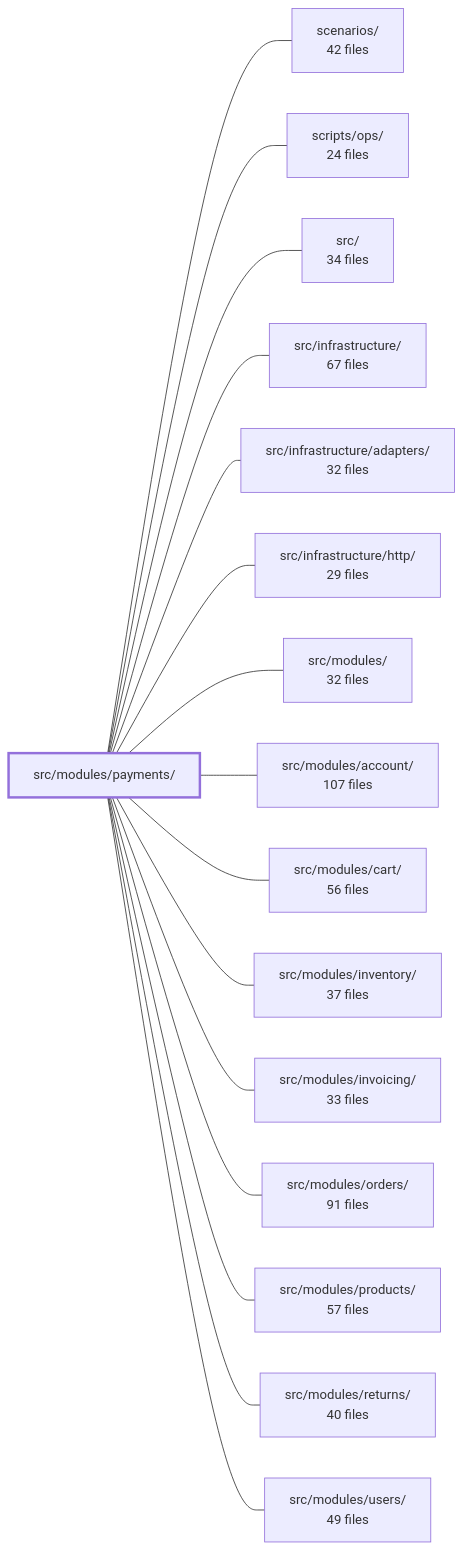
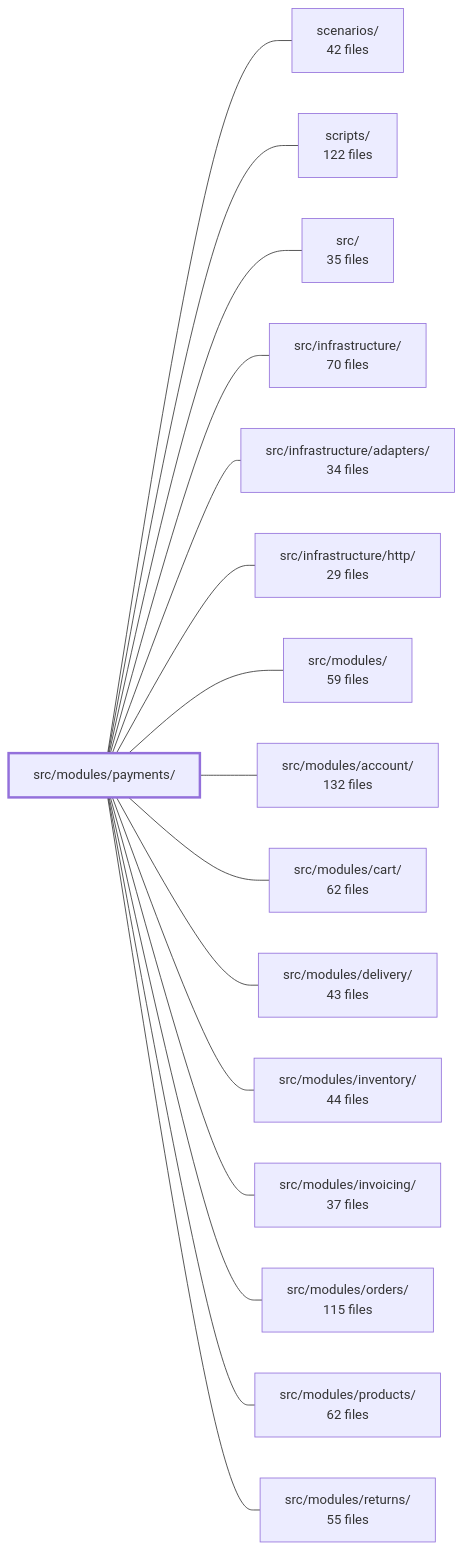
Before and after one commit to Guebbit/boilerplate-node-backend: the diagram in .2brain/modules/boilerplate-node-backend_src_modules_payments.md, drawn with Mermaid. The commit also changed other lines of this file and 32 other files, not shown here.

````diff
--- a/.2brain/modules/boilerplate-node-backend_src_modules_payments.md
+++ b/.2brain/modules/boilerplate-node-backend_src_modules_payments.md
@@ -44,35 +42,35 @@
 ```mermaid
 flowchart LR
     m_src_modules_payments["src/modules/payments/"]
     m_scenarios["scenarios/<br/>42 files"]
-    m_scripts_ops["scripts/ops/<br/>24 files"]
-    m_src["src/<br/>34 files"]
-    m_src_infrastructure["src/infrastructure/<br/>67 files"]
-    m_src_infrastructure_adapters["src/infrastructure/adapters/<br/>32 files"]
+    m_scripts["scripts/<br/>122 files"]
+    m_src["src/<br/>35 files"]
+    m_src_infrastructure["src/infrastructure/<br/>70 files"]
+    m_src_infrastructure_adapters["src/infrastructure/adapters/<br/>34 files"]
     m_src_infrastructure_http["src/infrastructure/http/<br/>29 files"]
-    m_src_modules["src/modules/<br/>32 files"]
-    m_src_modules_account["src/modules/account/<br/>107 files"]
-    m_src_modules_cart["src/modules/cart/<br/>56 files"]
-    m_src_modules_inventory["src/modules/inventory/<br/>37 files"]
-    m_src_modules_invoicing["src/modules/invoicing/<br/>33 files"]
-    m_src_modules_orders["src/modules/orders/<br/>91 files"]
-    m_src_modules_products["src/modules/products/<br/>57 files"]
-    m_src_modules_returns["src/modules/returns/<br/>40 files"]
-    m_src_modules_users["src/modules/users/<br/>49 files"]
+    m_src_modules["src/modules/<br/>59 files"]
+    m_src_modules_account["src/modules/account/<br/>132 files"]
+    m_src_modules_cart["src/modules/cart/<br/>62 files"]
+    m_src_modules_delivery["src/modules/delivery/<br/>43 files"]
+    m_src_modules_inventory["src/modules/inventory/<br/>44 files"]
+    m_src_modules_invoicing["src/modules/invoicing/<br/>37 files"]
+    m_src_modules_orders["src/modules/orders/<br/>115 files"]
+    m_src_modules_products["src/modules/products/<br/>62 files"]
+    m_src_modules_returns["src/modules/returns/<br/>55 files"]
     m_src_modules_payments --- m_scenarios
-    m_src_modules_payments --- m_scripts_ops
+    m_src_modules_payments --- m_scripts
     m_src_modules_payments --- m_src
     m_src_modules_payments --- m_src_infrastructure
     m_src_modules_payments --- m_src_infrastructure_adapters
     m_src_modules_payments --- m_src_infrastructure_http
     m_src_modules_payments --- m_src_modules
     m_src_modules_payments --- m_src_modules_account
     m_src_modules_payments --- m_src_modules_cart
+    m_src_modules_payments --- m_src_modules_delivery
     m_src_modules_payments --- m_src_modules_inventory
     m_src_modules_payments --- m_src_modules_invoicing
     m_src_modules_payments --- m_src_modules_orders
     m_src_modules_payments --- m_src_modules_products
     m_src_modules_payments --- m_src_modules_returns
-    m_src_modules_payments --- m_src_modules_users
     style m_src_modules_payments stroke-width:3px
 ```
````
